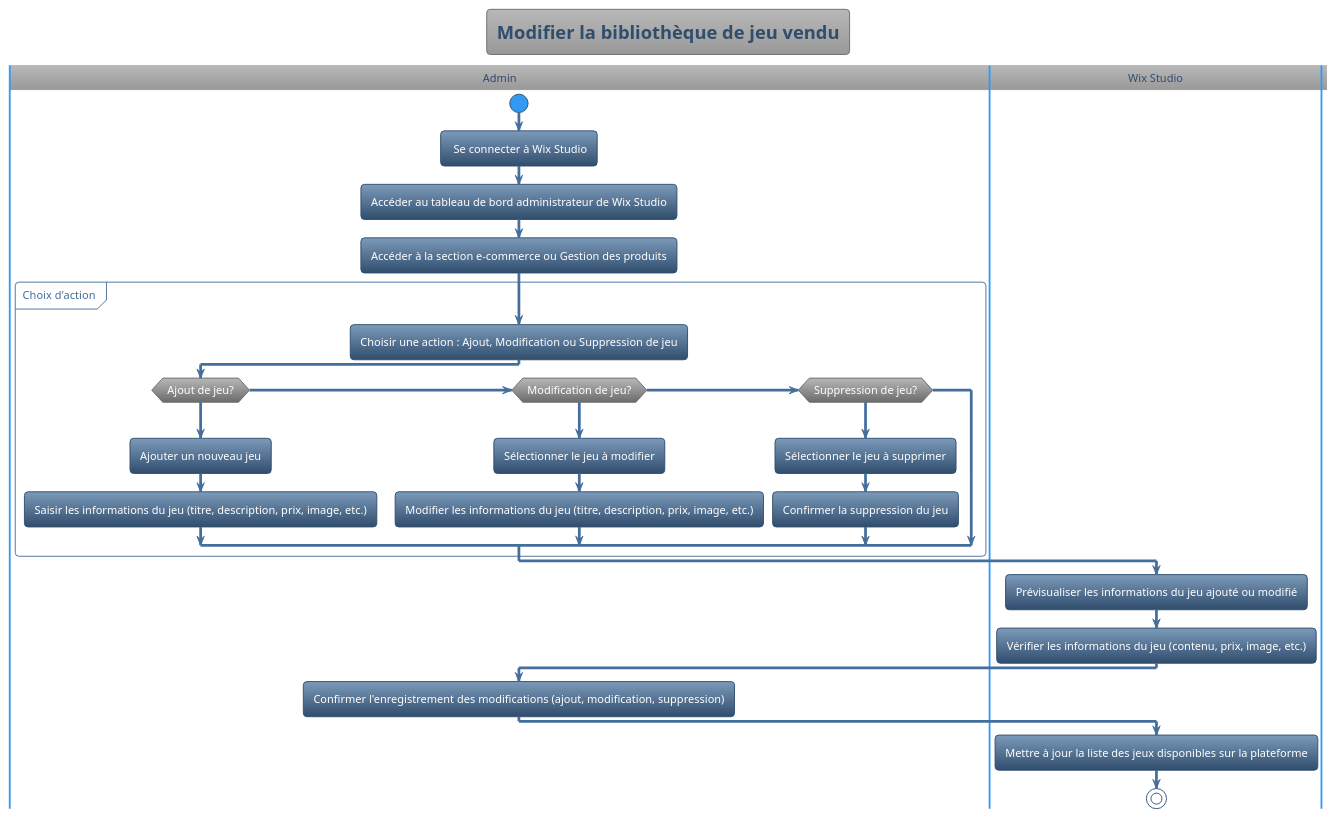
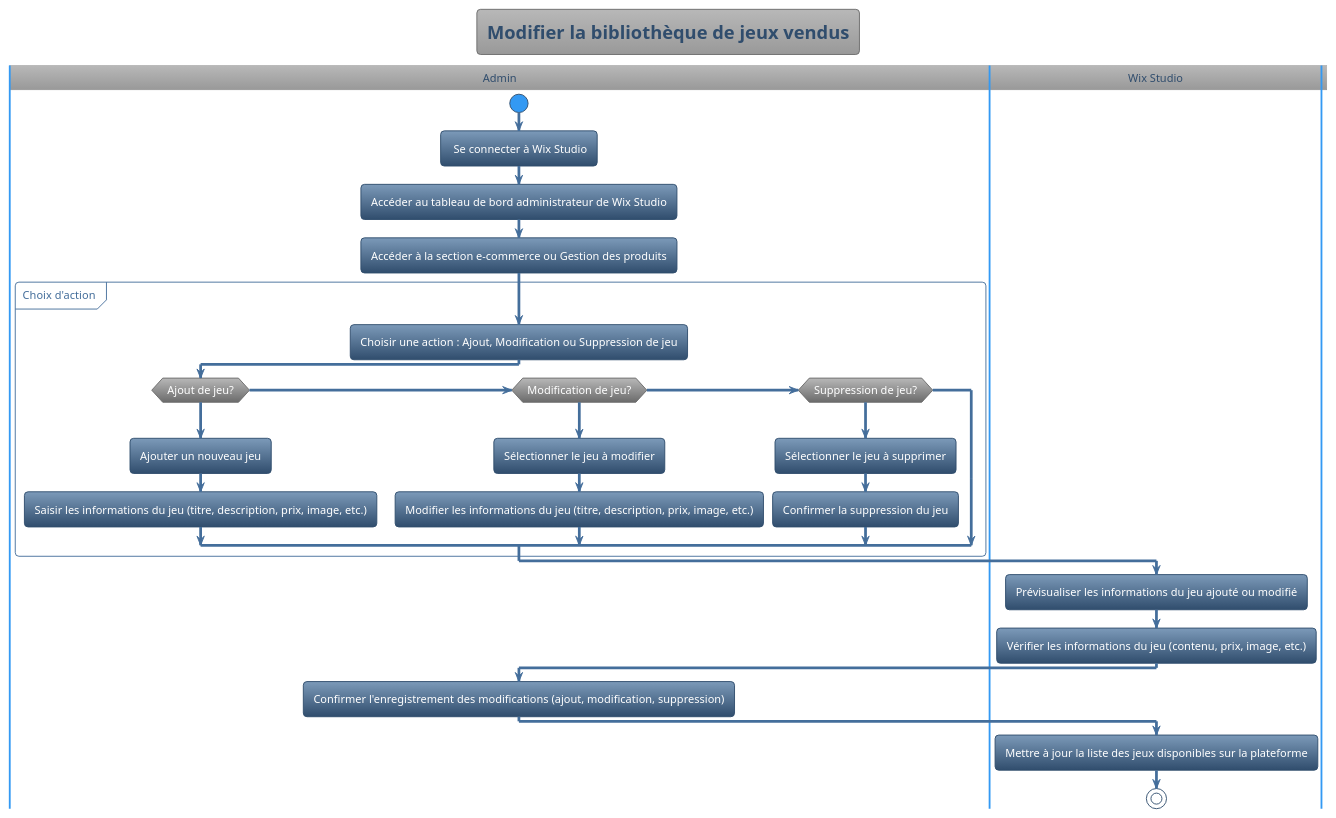
The diagram in CU13_ajoutmodifdejeu.puml (Jacob-Cossette/GTI510), drawn with PlantUML before and after one commit. The commit also changed 19 other files, not shown here.

```diff
--- a/CU13_ajoutmodifdejeu.puml
+++ b/CU13_ajoutmodifdejeu.puml
@@ -1,31 +1,31 @@
 @startuml
 !theme spacelab
-title Modifier la bibliothèque de jeu vendu
+title Modifier la bibliothèque de jeux vendus
 |Admin|
 start
 : Se connecter à Wix Studio;
 :Accéder au tableau de bord administrateur de Wix Studio;
 :Accéder à la section e-commerce ou Gestion des produits;
 |Admin|
 partition Choix d'action {
   :Choisir une action : Ajout, Modification ou Suppression de jeu;
   if (Ajout de jeu?) then (Oui)
     :Ajouter un nouveau jeu;
     :Saisir les informations du jeu (titre, description, prix, image, etc.);
   elseif (Modification de jeu?) then (Oui)
     :Sélectionner le jeu à modifier;
     :Modifier les informations du jeu (titre, description, prix, image, etc.);
   elseif (Suppression de jeu?) then (Oui)
     :Sélectionner le jeu à supprimer;
     :Confirmer la suppression du jeu;
   endif
 }
 |Wix Studio|
 :Prévisualiser les informations du jeu ajouté ou modifié;
 :Vérifier les informations du jeu (contenu, prix, image, etc.);
 |Admin|
 :Confirmer l'enregistrement des modifications (ajout, modification, suppression);
 |Wix Studio|
 :Mettre à jour la liste des jeux disponibles sur la plateforme;
 stop
 @enduml
```
